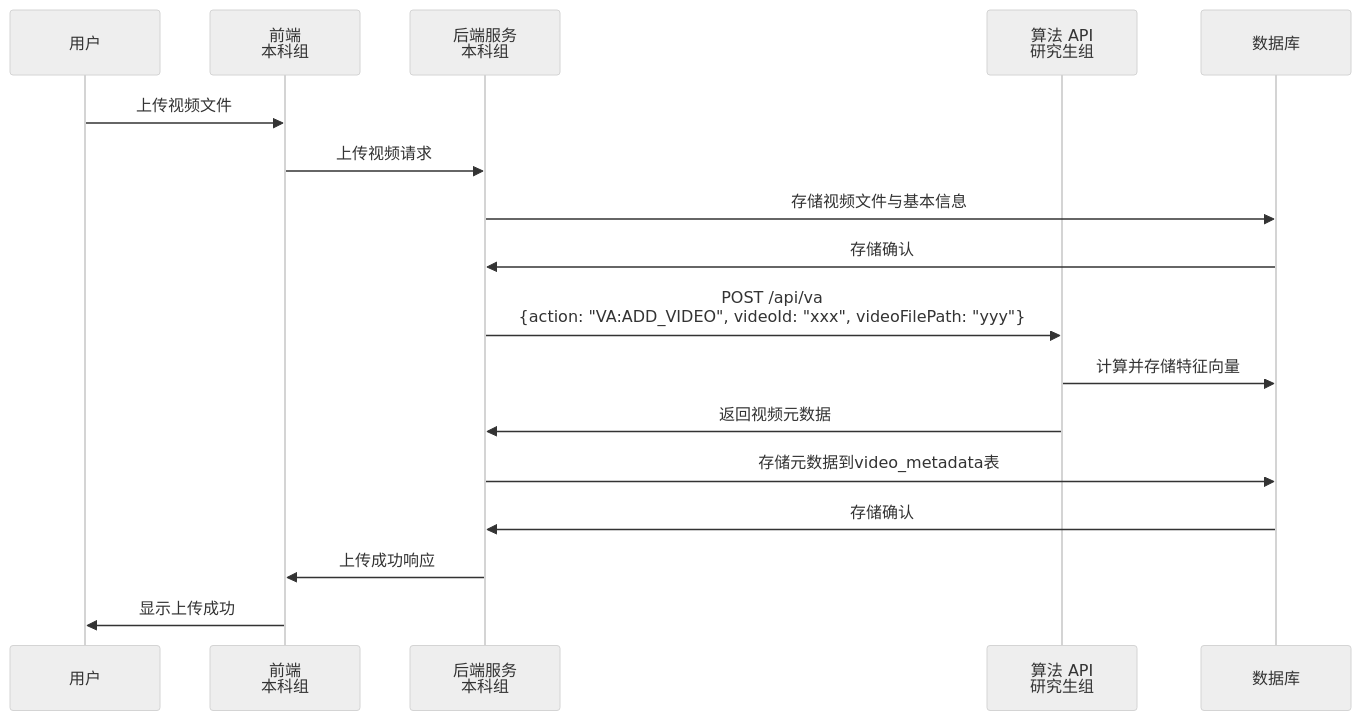
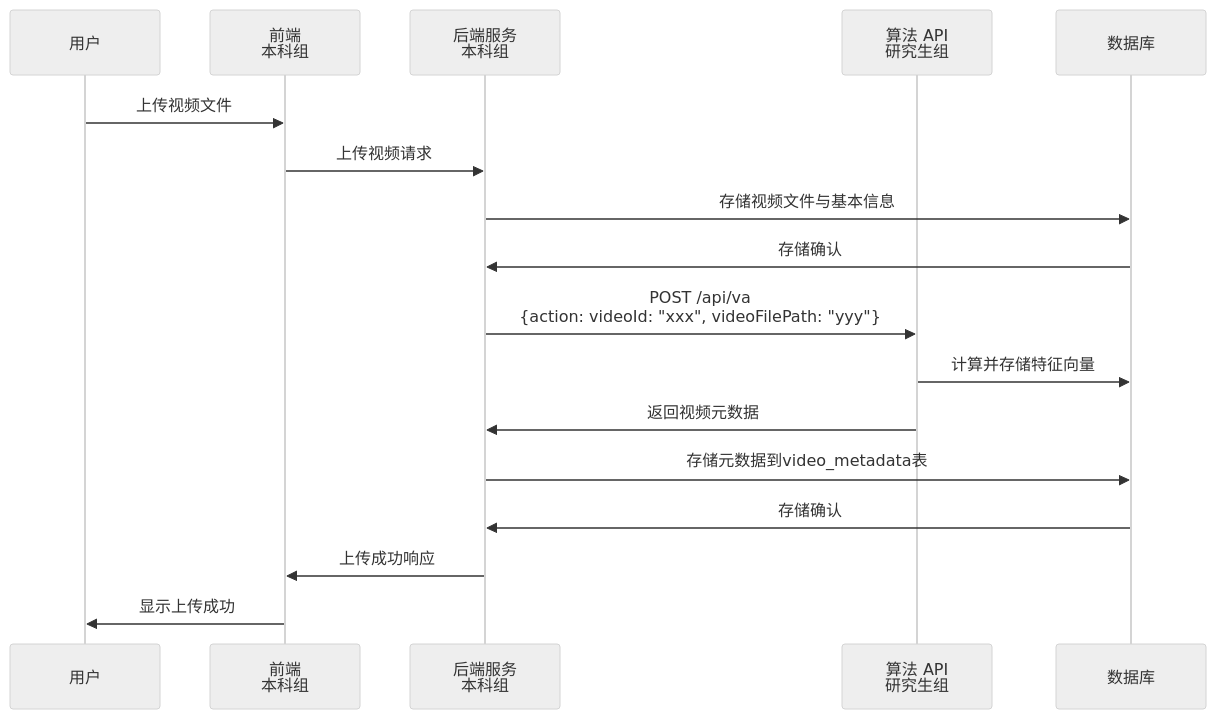
The second of 3 diagrams in Tasks.md (fssc255/vv_service), drawn with Mermaid (neutral theme) before and after one commit. The commit also changed other lines of this file and 1 other file, not shown here.

````diff
--- a/Tasks.md
+++ b/Tasks.md
@@ -256,21 +74,21 @@
 ```mermaid
 sequenceDiagram
 participant User as 用户
 participant Frontend as 前端<br/>本科组
 participant Backend as 后端服务<br/>本科组
 participant Algorithm as 算法 API<br/>研究生组
 participant DB as 数据库
 
     User->>Frontend: 上传视频文件
     Frontend->>Backend: 上传视频请求
     Backend->>DB: 存储视频文件与基本信息
     DB->>Backend: 存储确认
-    Backend->>Algorithm: POST /api/va<br/>{action: "VA:ADD_VIDEO", videoId: "xxx", videoFilePath: "yyy"}
+    Backend->>Algorithm: POST /api/va<br/>{action: videoId: "xxx", videoFilePath: "yyy"}
 
     Algorithm->>DB: 计算并存储特征向量
     Algorithm->>Backend: 返回视频元数据
     Backend->>DB: 存储元数据到video_metadata表
     DB->>Backend: 存储确认
     Backend->>Frontend: 上传成功响应
     Frontend->>User: 显示上传成功
 ```
````
